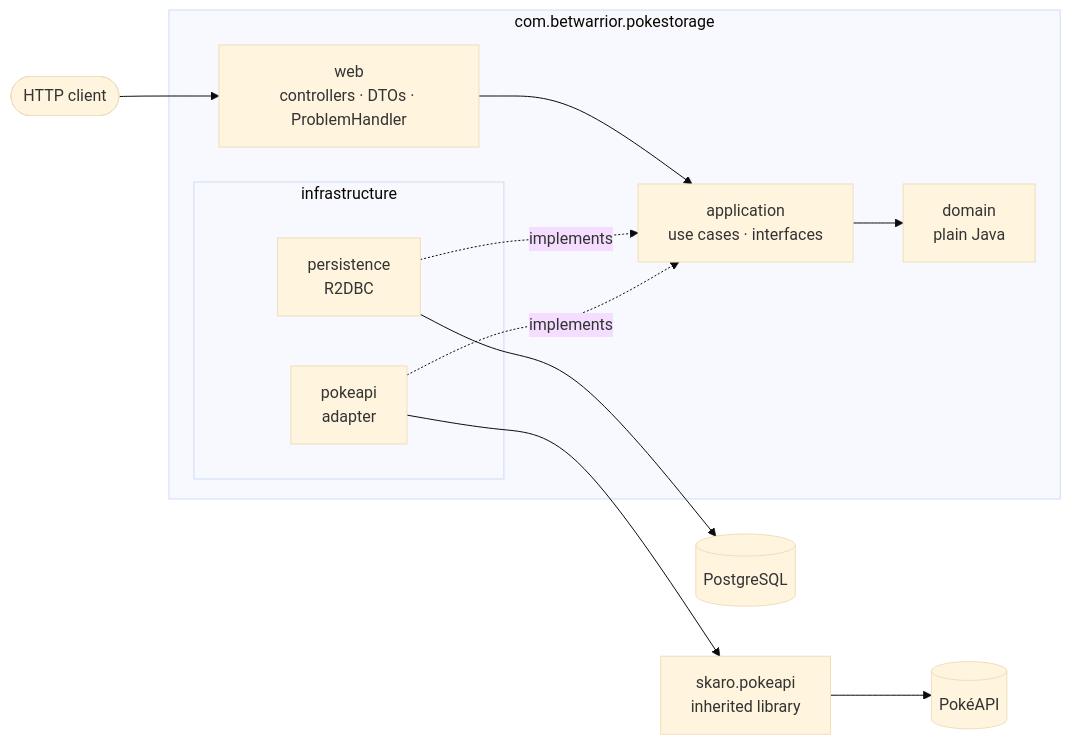
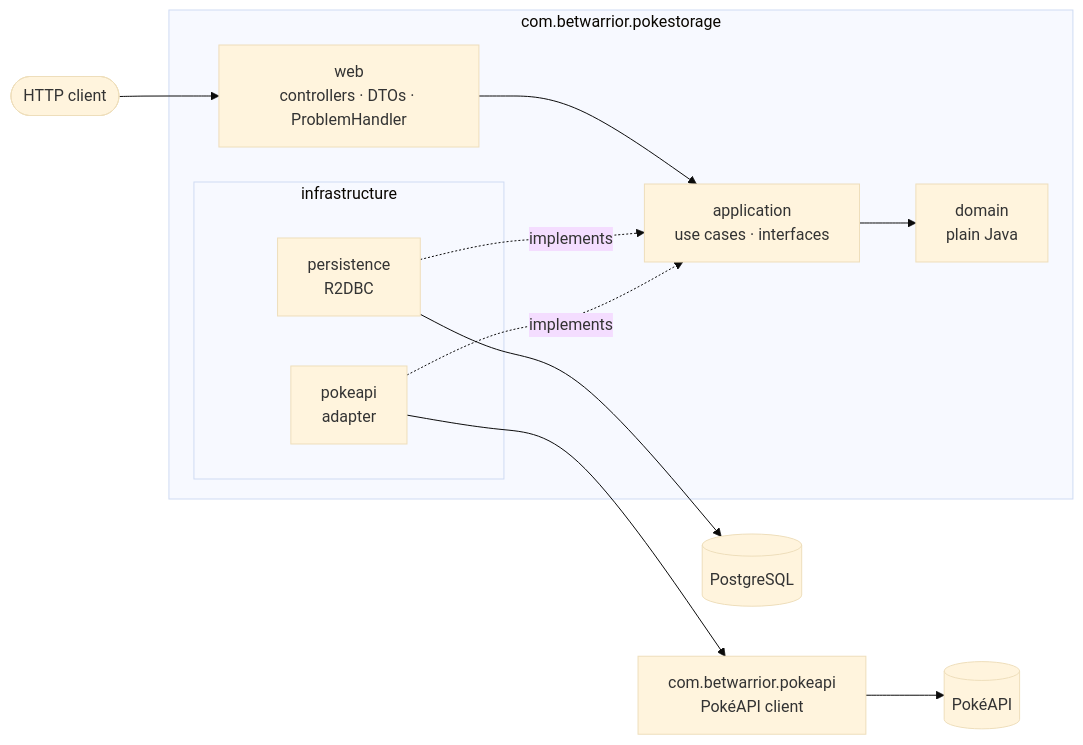
The first of 2 diagrams in README.md (JuarezJonatan/pokemon-trainer-service), drawn with Mermaid (base theme) before and after one commit. The commit also changed other lines of this file and 329 other files, not shown here.

Commit message:
Replace skaro.pokeapi with a declarative PokeAPI client (#2)

````diff
--- a/README.md
+++ b/README.md
@@ -141,23 +141,23 @@
 ```mermaid
 flowchart LR
     client([HTTP client]) --> web
 
     subgraph service[com.betwarrior.pokestorage]
         web[web<br/>controllers · DTOs · ProblemHandler]
         app[application<br/>use cases · interfaces]
         domain[domain<br/>plain Java]
         subgraph infra[infrastructure]
             persistence[persistence<br/>R2DBC]
             pokeapi[pokeapi<br/>adapter]
         end
     end
 
-    lib[skaro.pokeapi<br/>inherited library]
+    lib[com.betwarrior.pokeapi<br/>PokéAPI client]
 
     web --> app --> domain
     persistence -. implements .-> app
     pokeapi -. implements .-> app
     pokeapi --> lib
     persistence --> db[(PostgreSQL)]
     lib --> ext[(PokéAPI)]
 ```
````
